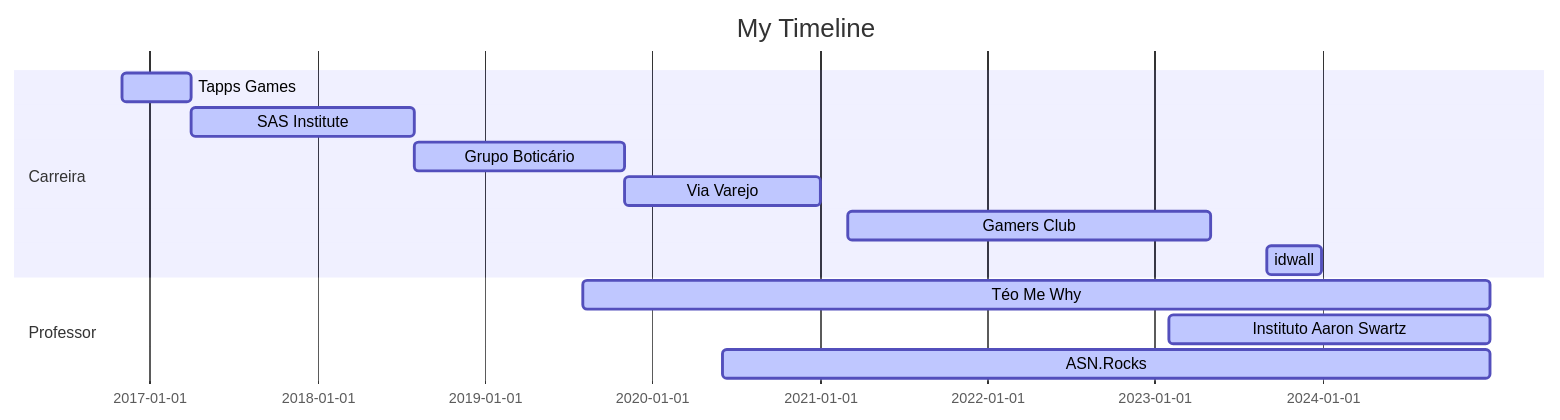
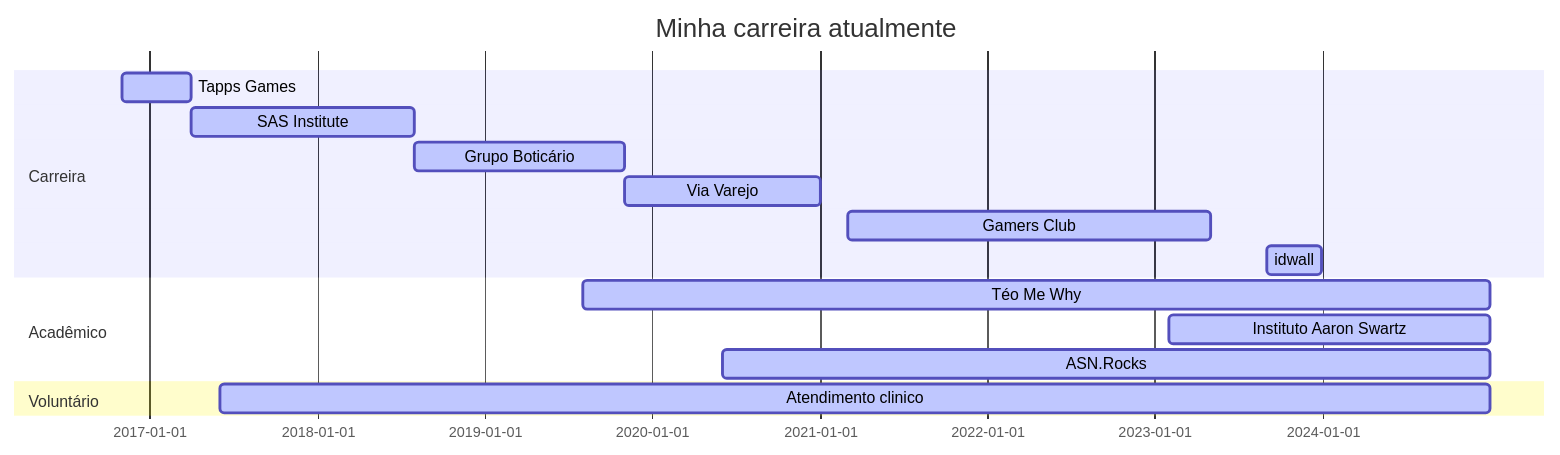
One commit to Ridd1kulusC0d3r/Ridd1kulusC0d3r changed the diagram in README.md. Above: the diagram before and after it, drawn with Mermaid.

````diff
--- a/README.md
+++ b/README.md
@@ -9,19 +9,22 @@
 ```mermaid
 
 gantt
 dateFormat  YYYY-MM-DD
-title My Timeline
+title Minha carreira atualmente
 
 section Carreira
 Tapps Games           :active,, 2016-11-01,2017-04-01
 SAS Institute         :active,, 2017-04-01,2018-08-01
 Grupo Boticário       :active,, 2018-08-01,2019-11-01
 Via Varejo            :active,, 2019-11-01,2021-01-01
 Gamers Club           :active,, 2021-03-01,2023-05-01
 idwall                :active,, 2023-09-01,2023-12-31
 
-section Professor
+section Acadêmico
 Téo Me Why             :active,, 2019-08-01,2024-12-31
 Instituto Aaron Swartz :active,, 2023-02-01,2024-12-31
 ASN.Rocks              :active,, 2020-06-01,2024-12-31
+
+section Voluntário
+Atendimento clinico    :active,, 2017-06-01,2024-12-31
 ```
````
